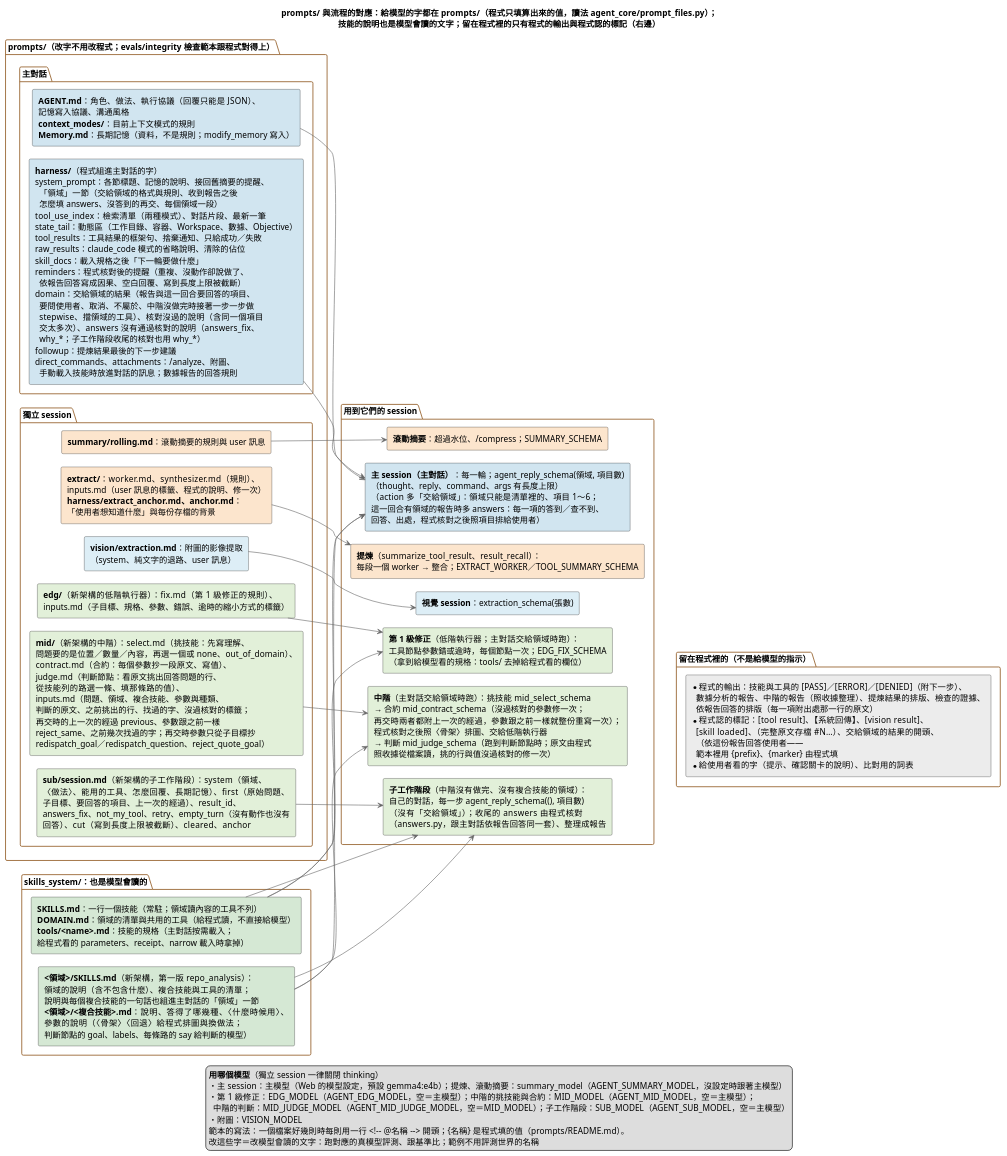
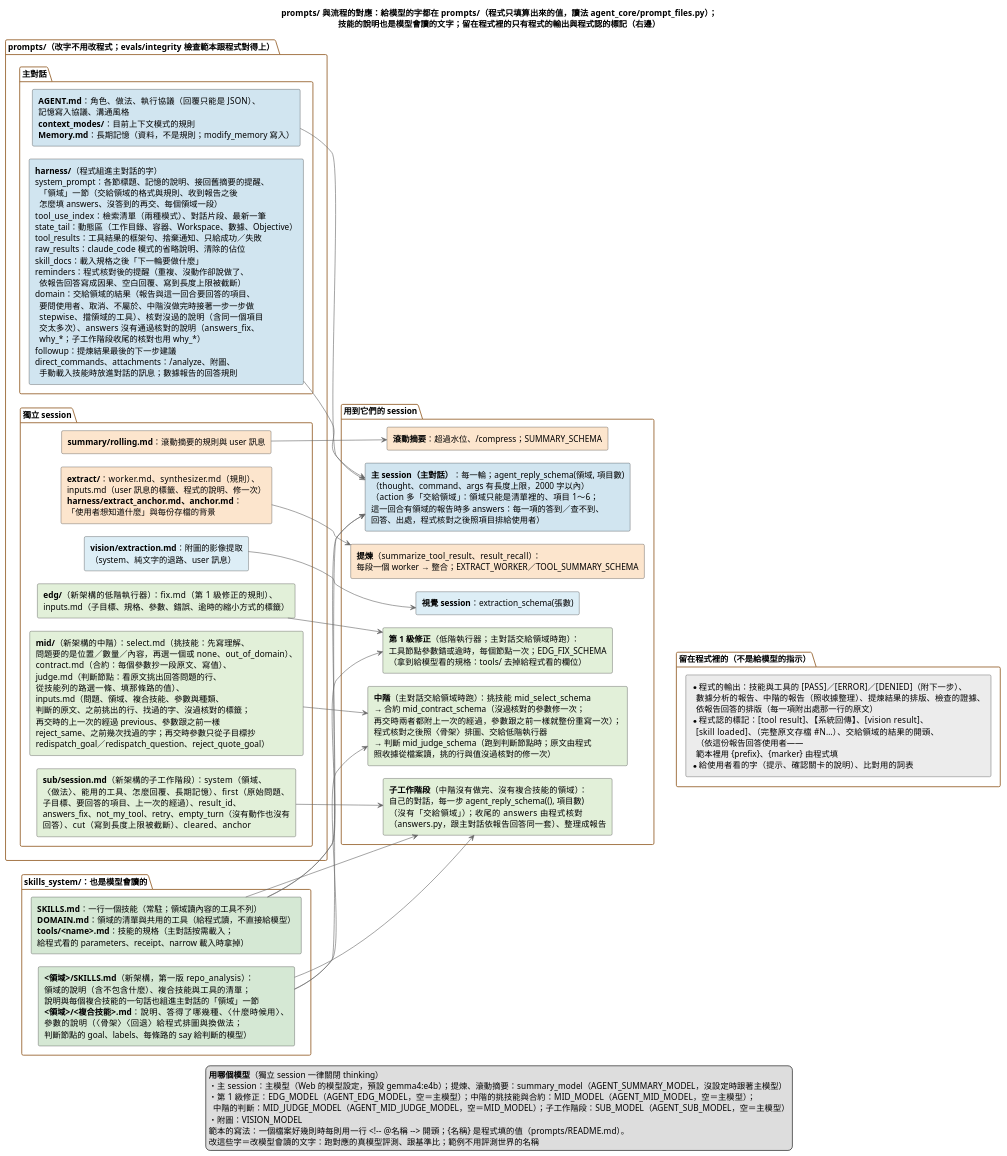
One commit to DavidZox/Coding_agnet changed the diagram in doc/diagrams/prompts與流程的對應.puml. Above: the diagram before and after it, drawn with PlantUML. The commit also changed 12 other files, not shown here.

```diff
--- a/doc/diagrams/prompts與流程的對應.puml
+++ b/doc/diagrams/prompts與流程的對應.puml
@@ -1,178 +1,178 @@
 @startuml
 ' --- 樣式精準控制 ---
 skinparam shadowing false
 skinparam defaultFontName "Microsoft JhengHei"
 skinparam RectangleWidthMax 440
 skinparam PackageBorderColor #996633
 skinparam ArrowColor #666666
 skinparam ranksep 70
 skinparam nodesep 22
 left to right direction
 
 title prompts/ 與流程的對應：給模型的字都在 prompts/（程式只填算出來的值，讀法 agent_core/prompt_files.py）；\n技能的說明也是模型會讀的文字；留在程式裡的只有程式的輸出與程式認的標記（右邊）
 
 package "prompts/（改字不用改程式；evals/integrity 檢查範本跟程式對得上）" {
   package "主對話" {
     rectangle P_AGENT #D1E5F0 [
       **AGENT.md**：角色、做法、執行協議（回覆只能是 JSON）、
       記憶寫入協議、溝通風格
       **context_modes/**：目前上下文模式的規則
       **Memory.md**：長期記憶（資料，不是規則；modify_memory 寫入）
     ]
     rectangle P_HARNESS #D1E5F0 [
       **harness/**（程式組進主對話的字）
       system_prompt：各節標題、記憶的說明、接回舊摘要的提醒、
         「領域」一節（交給領域的格式與規則、收到報告之後
         怎麼填 answers、沒答到的再交、每個領域一段）
       tool_use_index：檢索清單（兩種模式）、對話片段、最新一筆
       state_tail：動態區（工作目錄、容器、Workspace、數據、Objective）
       tool_results：工具結果的框架句、捨棄通知、只給成功／失敗
       raw_results：claude_code 模式的省略說明、清除的佔位
       skill_docs：載入規格之後「下一輪要做什麼」
       reminders：程式核對後的提醒（重複、沒動作卻說做了、
         依報告回答寫成因果、空白回覆、寫到長度上限被截斷）
       domain：交給領域的結果（報告與這一回合要回答的項目、
         要問使用者、取消、不屬於、中階沒做完時接著一步一步做
         stepwise、擋領域的工具）、核對沒過的說明（含同一個項目
         交太多次）、answers 沒有通過核對的說明（answers_fix、
         why_*；子工作階段收尾的核對也用 why_*）
       followup：提煉結果最後的下一步建議
       direct_commands、attachments：/analyze、附圖、
         手動載入技能時放進對話的訊息；數據報告的回答規則
     ]
   }
   package "獨立 session" {
     rectangle P_SUMMARY #FCE5CD [
       **summary/rolling.md**：滾動摘要的規則與 user 訊息
     ]
     rectangle P_EXTRACT #FCE5CD [
       **extract/**：worker.md、synthesizer.md（規則）、
       inputs.md（user 訊息的標籤、程式的說明、修一次）
       **harness/extract_anchor.md、anchor.md**：
       「使用者想知道什麼」與每份存檔的背景
     ]
     rectangle P_VISION #DDEEF6 [
       **vision/extraction.md**：附圖的影像提取
       （system、純文字的退路、user 訊息）
     ]
     rectangle P_EDG #E2F0D9 [
       **edg/**（新架構的低階執行器）：fix.md（第 1 級修正的規則）、
       inputs.md（子目標、規格、參數、錯誤、逾時的縮小方式的標籤）
     ]
     rectangle P_MID #E2F0D9 [
       **mid/**（新架構的中階）：select.md（挑技能：先寫理解、
       問題要的是位置／數量／內容，再選一個或 none、out_of_domain）、
       contract.md（合約：每個參數抄一段原文、寫值）、
       judge.md（判斷節點：看原文挑出回答問題的行、
       從技能列的路選一條、填那條路的值）、
       inputs.md（問題、領域、複合技能、參數與種類、
       判斷的原文、之前挑出的行、找過的字、沒過核對的標籤；
       再交時的上一次的經過 previous、參數跟之前一樣
       reject_same、之前幾次找過的字；再交時參數只從子目標抄
       redispatch_goal／redispatch_question、reject_quote_goal）
     ]
     rectangle P_SUB #E2F0D9 [
       **sub/session.md**（新架構的子工作階段）：system（領域、
       〈做法〉、能用的工具、怎麼回覆、長期記憶）、first（原始問題、
       子目標、要回答的項目、上一次的經過）、result_id、
       answers_fix、not_my_tool、retry、empty_turn（沒有動作也沒有
       回答）、cut（寫到長度上限被截斷）、cleared、anchor
     ]
   }
 }
 
 package "skills_system/：也是模型會讀的" {
   rectangle K_ALL #D5E8D4 [
     **SKILLS.md**：一行一個技能（常駐；領域讀內容的工具不列）
     **DOMAIN.md**：領域的清單與共用的工具（給程式讀，不直接給模型）
     **tools/<name>.md**：技能的規格（主對話按需載入；
     給程式看的 parameters、receipt、narrow 載入時拿掉）
   ]
   rectangle K_DOMAIN #D5E8D4 [
     **<領域>/SKILLS.md**（新架構，第一版 repo_analysis）：
     領域的說明（含不包含什麼）、複合技能與工具的清單；
     說明與每個複合技能的一句話也組進主對話的「領域」一節
     **<領域>/<複合技能>.md**：說明、答得了哪幾種、〈什麼時候用〉、
     參數的說明（〈骨架〉〈回退〉給程式排圖與換做法；
     判斷節點的 goal、labels、每條路的 say 給判斷的模型）
   ]
 }
 
 package "用到它們的 session" {
   rectangle S_MAIN #D1E5F0 [
     **主 session（主對話）**：每一輪；agent_reply_schema(領域, 項目數)
-    （thought、reply、command、args 有長度上限）
+    （thought、command、args 有長度上限，2000 字以內）
     （action 多「交給領域」：領域只能是清單裡的、項目 1～6；
     這一回合有領域的報告時多 answers：每一項的答到／查不到、
     回答、出處，程式核對之後照項目排給使用者）
   ]
   rectangle S_SUB #E2F0D9 [
     **子工作階段**（中階沒有做完、沒有複合技能的領域）：
     自己的對話，每一步 agent_reply_schema((), 項目數)
     （沒有「交給領域」）；收尾的 answers 由程式核對
     （answers.py，跟主對話依報告回答同一套）、整理成報告
   ]
   rectangle S_SUMMARY #FCE5CD [
     **滾動摘要**：超過水位、/compress；SUMMARY_SCHEMA
   ]
   rectangle S_EXTRACT #FCE5CD [
     **提煉**（summarize_tool_result、result_recall）：
     每段一個 worker → 整合；EXTRACT_WORKER／TOOL_SUMMARY_SCHEMA
   ]
   rectangle S_VISION #DDEEF6 [
     **視覺 session**：extraction_schema(張數)
   ]
   rectangle S_EDG #E2F0D9 [
     **第 1 級修正**（低階執行器；主對話交給領域時跑）：
     工具節點參數錯或逾時，每個節點一次；EDG_FIX_SCHEMA
     （拿到給模型看的規格：tools/ 去掉給程式看的欄位）
   ]
   rectangle S_MID #E2F0D9 [
     **中階**（主對話交給領域時跑）：挑技能 mid_select_schema
     → 合約 mid_contract_schema（沒過核對的參數修一次；
     再交時兩者都附上一次的經過，參數跟之前一樣就整份重寫一次）；
     程式核對之後照〈骨架〉排圖、交給低階執行器
     → 判斷 mid_judge_schema（跑到判斷節點時；原文由程式
     照收據從檔案讀，挑的行與值沒過核對的修一次）
   ]
 }
 
 package "留在程式裡的（不是給模型的指示）" {
   rectangle C_LIST #ECECEC [
     * 程式的輸出：技能與工具的 [PASS]／[ERROR]／[DENIED]（附下一步）、
       數據分析的報告、中階的報告（照收據整理）、提煉結果的排版、檢查的證據、
       依報告回答的排版（每一項附出處那一行的原文）
     * 程式認的標記：[tool result]、【系統回傳】、[vision result]、
       [skill loaded]、（完整原文存檔 #N…）、交給領域的結果的開頭、
       （依這份報告回答使用者——
       範本裡用 {prefix}、{marker} 由程式填
     * 給使用者看的字（提示、確認關卡的說明）、比對用的詞表
   ]
 }
 
 P_AGENT --> S_MAIN
 P_HARNESS --> S_MAIN
 K_ALL --> S_MAIN
 P_SUMMARY --> S_SUMMARY
 P_EXTRACT --> S_EXTRACT
 P_VISION --> S_VISION
 P_EDG --> S_EDG
 K_ALL --> S_EDG
 P_MID --> S_MID
 P_SUB --> S_SUB
 K_DOMAIN --> S_SUB
 K_ALL --> S_SUB
 K_DOMAIN --> S_MID
 K_DOMAIN --> S_MAIN
 S_MID -[hidden]-> C_LIST
 
 legend bottom
   **用哪個模型**（獨立 session 一律關閉 thinking）
   ・主 session：主模型（Web 的模型設定，預設 gemma4:e4b）；提煉、滾動摘要：summary_model（AGENT_SUMMARY_MODEL，沒設定時跟著主模型）
   ・第 1 級修正：EDG_MODEL（AGENT_EDG_MODEL，空＝主模型）；中階的挑技能與合約：MID_MODEL（AGENT_MID_MODEL，空＝主模型）；
     中階的判斷：MID_JUDGE_MODEL（AGENT_MID_JUDGE_MODEL，空＝MID_MODEL）；子工作階段：SUB_MODEL（AGENT_SUB_MODEL，空＝主模型）
   ・附圖：VISION_MODEL
   範本的寫法：一個檔案好幾則時每則用一行 <!~-- @名稱 ~--> 開頭；{名稱} 是程式填的值（prompts/README.md）。
   改這些字＝改模型會讀的文字：跑對應的真模型評測、跟基準比；範例不用評測世界的名稱
 endlegend
 @enduml
```
